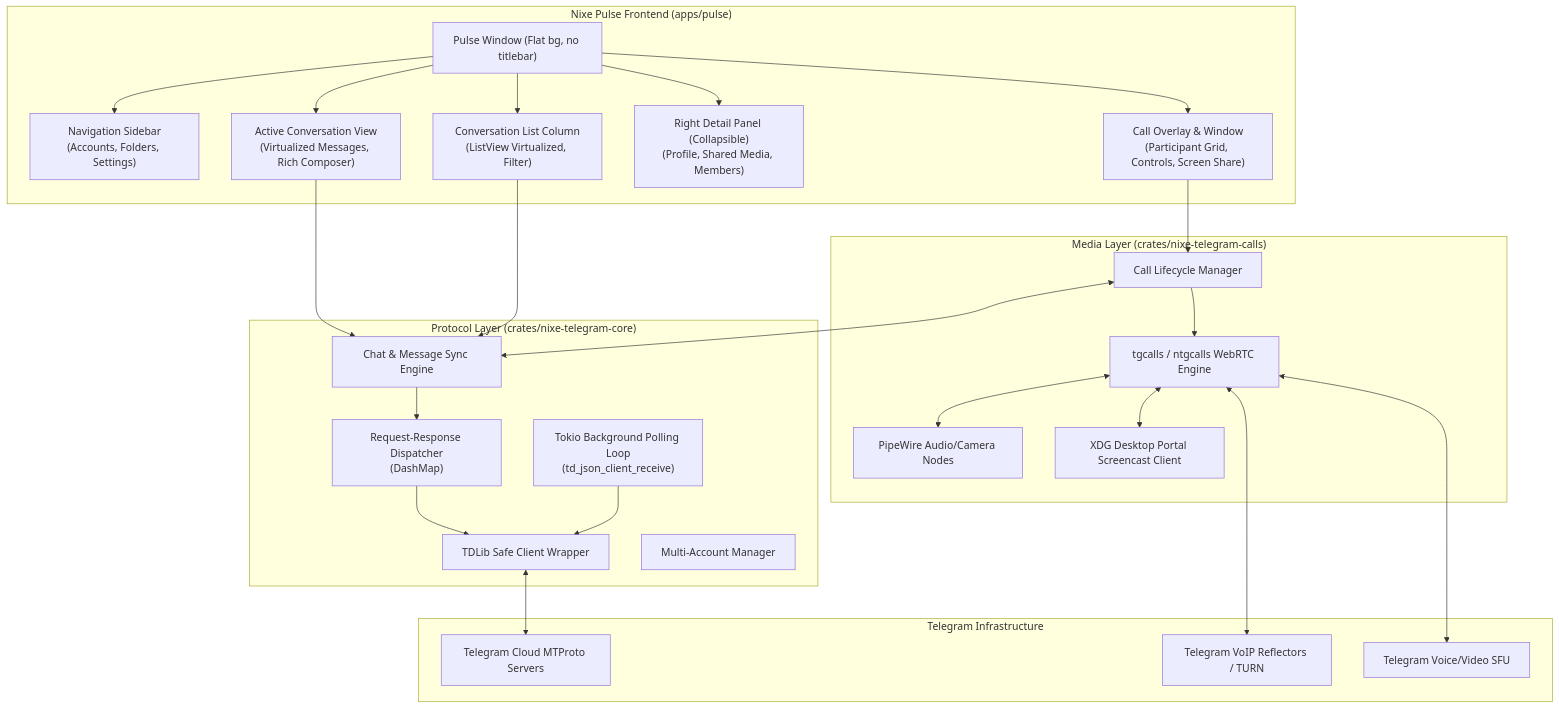
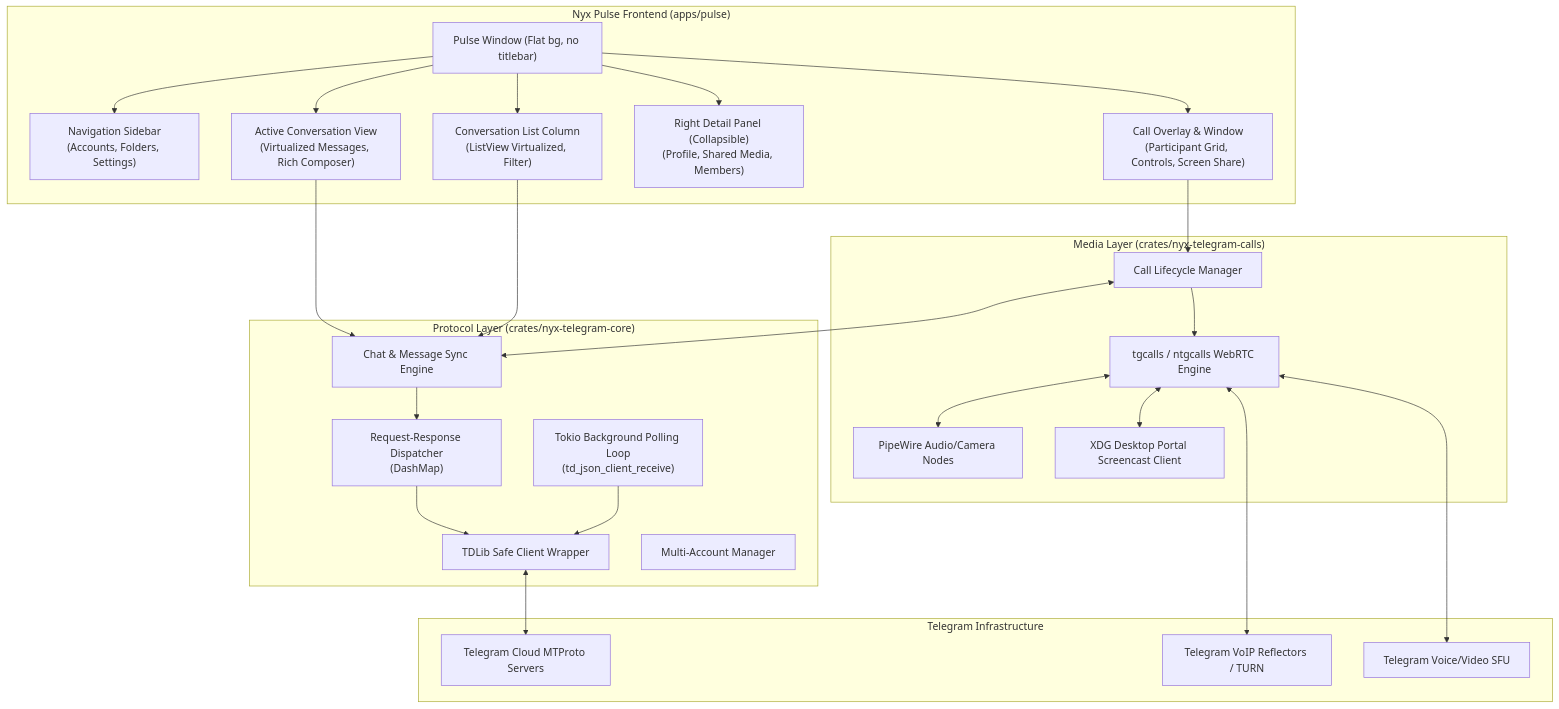
Before and after one commit to design-nexus/nixe-pulse: the diagram in apps/pulse/ARCHITECTURE.md, drawn with Mermaid. The commit also changed other lines of this file and 96 other files, not shown here.

First line of the commit message:
Rename Nixe to Nyx

````diff
--- a/apps/pulse/ARCHITECTURE.md
+++ b/apps/pulse/ARCHITECTURE.md
@@ -12,44 +12,44 @@
 ```mermaid
 flowchart TD
-    subgraph UI ["Nixe Pulse Frontend (apps/pulse)"]
+    subgraph UI ["Nyx Pulse Frontend (apps/pulse)"]
         Window["Pulse Window (Flat bg, no titlebar)"]
         NavCol["Navigation Sidebar\n(Accounts, Folders, Settings)"]
         ChatCol["Conversation List Column\n(ListView Virtualized, Filter)"]
         ConvCol["Active Conversation View\n(Virtualized Messages, Rich Composer)"]
         DetailCol["Right Detail Panel (Collapsible)\n(Profile, Shared Media, Members)"]
         CallUI["Call Overlay & Window\n(Participant Grid, Controls, Screen Share)"]
     end
 
-    subgraph Core ["Protocol Layer (crates/nixe-telegram-core)"]
+    subgraph Core ["Protocol Layer (crates/nyx-telegram-core)"]
         TDClient["TDLib Safe Client Wrapper"]
         EventLoop["Tokio Background Polling Loop\n(td_json_client_receive)"]
         Dispatcher["Request-Response Dispatcher\n(DashMap<RequestId, oneshot::Sender>)"]
         AccountMgr["Multi-Account Manager"]
         SyncEngine["Chat & Message Sync Engine"]
     end
 
-    subgraph Calls ["Media Layer (crates/nixe-telegram-calls)"]
+    subgraph Calls ["Media Layer (crates/nyx-telegram-calls)"]
         CallMgr["Call Lifecycle Manager"]
         MediaEngine["tgcalls / ntgcalls WebRTC Engine"]
         PipeWireNode["PipeWire Audio/Camera Nodes"]
         PortalClient["XDG Desktop Portal Screencast Client"]
     end
 
     subgraph TelegramServer ["Telegram Infrastructure"]
         MTProto["Telegram Cloud MTProto Servers"]
         VoIPReflector["Telegram VoIP Reflectors / TURN"]
         GroupSFU["Telegram Voice/Video SFU"]
     end
 
     Window --> NavCol & ChatCol & ConvCol & DetailCol & CallUI
     ConvCol & ChatCol --> SyncEngine
     SyncEngine --> Dispatcher --> TDClient
     EventLoop --> TDClient
     TDClient <--> MTProto
 
     CallUI --> CallMgr
     CallMgr --> MediaEngine
     CallMgr <--> SyncEngine
     MediaEngine <--> PipeWireNode & PortalClient
     MediaEngine <--> VoIPReflector & GroupSFU
 ```
````
